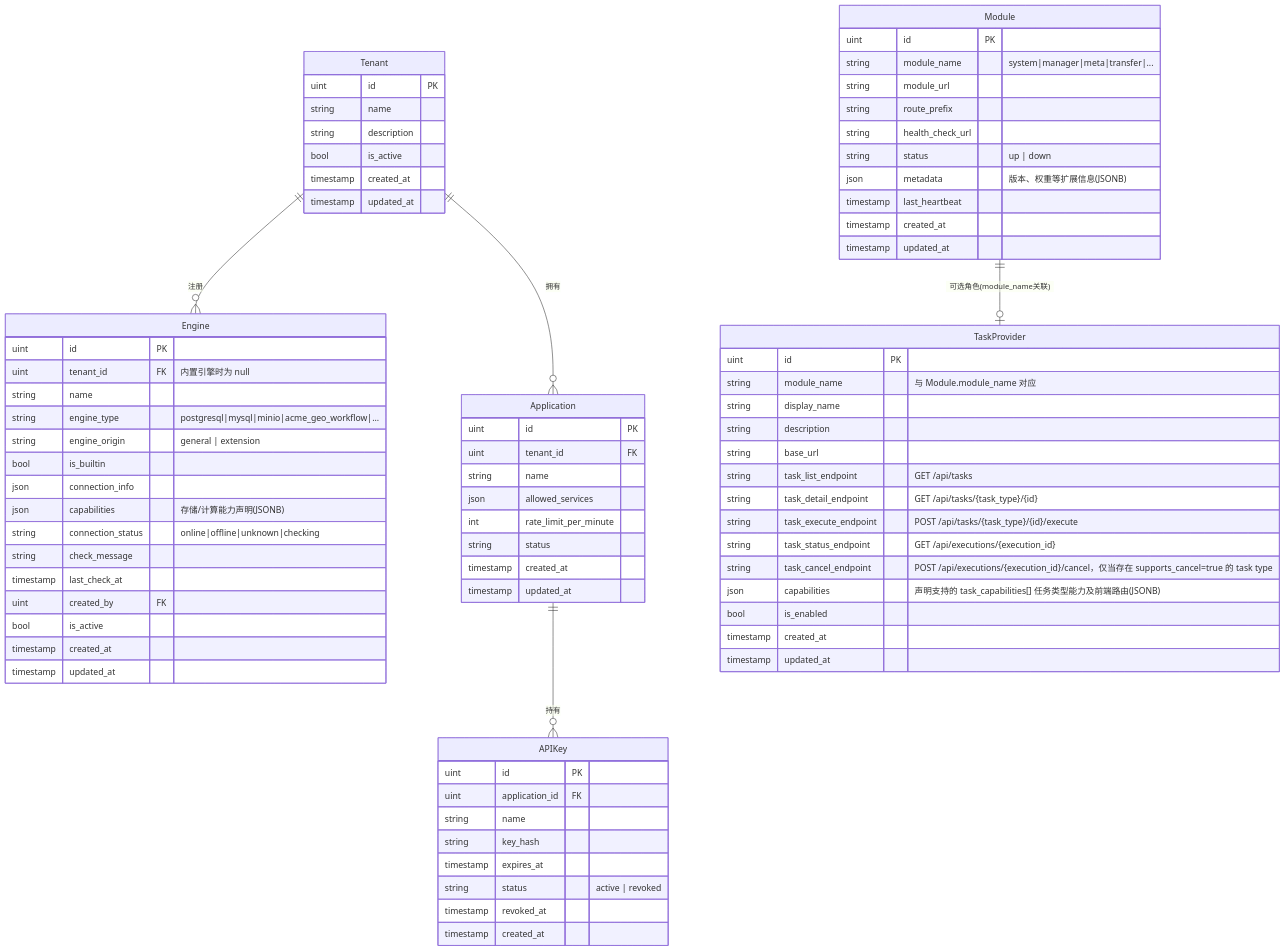
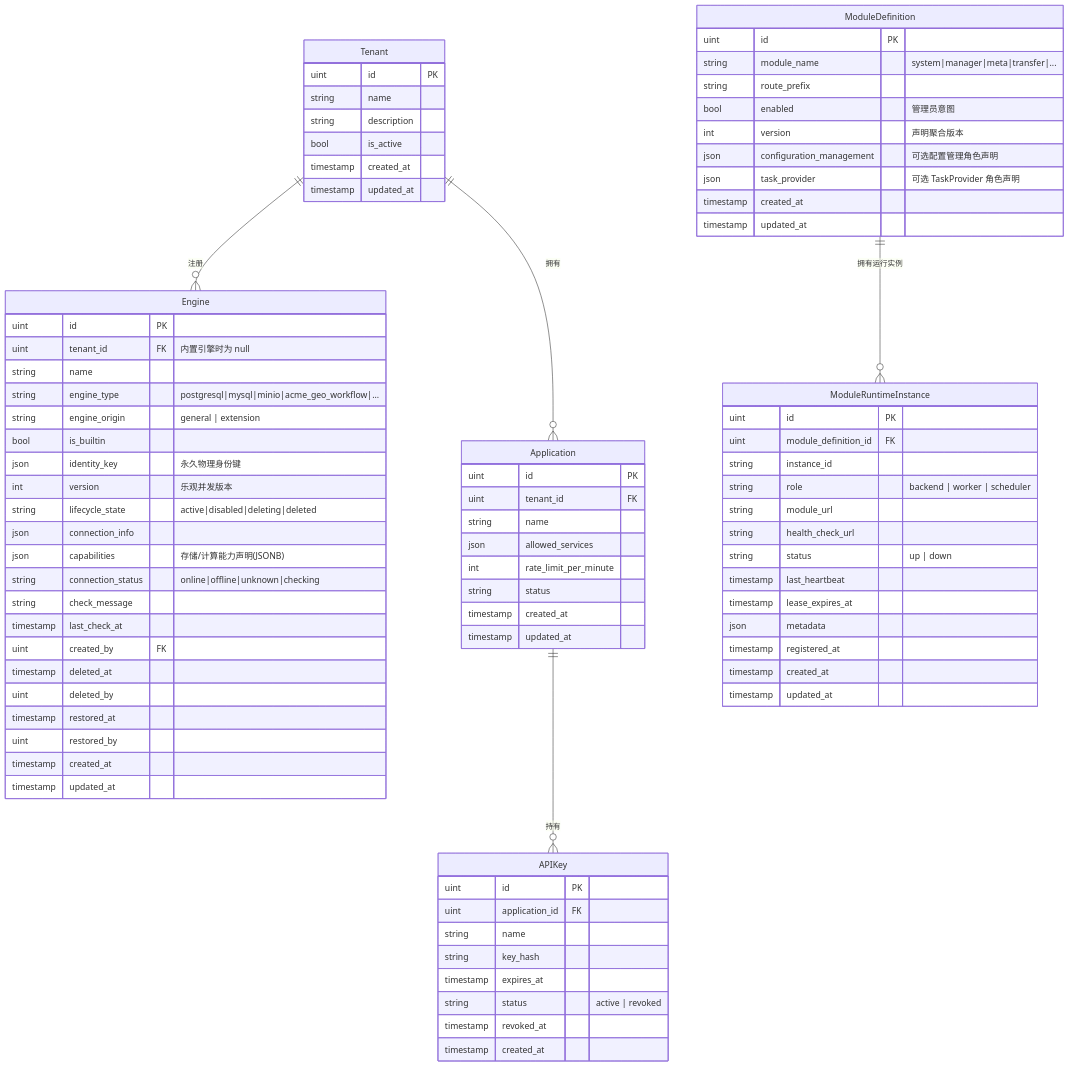
Before and after one commit to pampa0629/addp: the first of 9 diagrams in docs/concepts/addp核心对象ER图（元模型）.md, drawn with Mermaid. The commit also changed other lines of this file and 130 other files, not shown here.

````diff
--- a/docs/concepts/addp核心对象ER图（元模型）.md
+++ b/docs/concepts/addp核心对象ER图（元模型）.md
@@ -238,43 +238,47 @@
         string engine_type "postgresql|mysql|minio|acme_geo_workflow|..."
         string engine_origin "general | extension"
         bool is_builtin
+        json identity_key "永久物理身份键"
+        int version "乐观并发版本"
+        string lifecycle_state "active|disabled|deleting|deleted"
         json connection_info
         json capabilities "存储/计算能力声明(JSONB)"
         string connection_status "online|offline|unknown|checking"
         string check_message
         timestamp last_check_at
         uint created_by FK
-        bool is_active
+        timestamp deleted_at
+        uint deleted_by
+        timestamp restored_at
+        uint restored_by
         timestamp created_at
         timestamp updated_at
     }
 
-    Module {
+    ModuleDefinition {
         uint id PK
         string module_name "system|manager|meta|transfer|..."
-        string module_url
         string route_prefix
-        string health_check_url
-        string status "up | down"
-        json metadata "版本、权重等扩展信息(JSONB)"
-        timestamp last_heartbeat
+        bool enabled "管理员意图"
+        int version "声明聚合版本"
+        json configuration_management "可选配置管理角色声明"
+        json task_provider "可选 TaskProvider 角色声明"
         timestamp created_at
         timestamp updated_at
     }
 
-    TaskProvider {
+    ModuleRuntimeInstance {
         uint id PK
-        string module_name "与 Module.module_name 对应"
-        string display_name
-        string description
-        string base_url
-        string task_list_endpoint "GET /api/tasks"
-        string task_detail_endpoint "GET /api/tasks/{task_type}/{id}"
-        string task_execute_endpoint "POST /api/tasks/{task_type}/{id}/execute"
-        string task_status_endpoint "GET /api/executions/{execution_id}"
-        string task_cancel_endpoint "POST /api/executions/{execution_id}/cancel，仅当存在 supports_cancel=true 的 task type"
-        json capabilities "声明支持的 task_capabilities[] 任务类型能力及前端路由(JSONB)"
-        bool is_enabled
+        uint module_definition_id FK
+        string instance_id
+        string role "backend | worker | scheduler"
+        string module_url
+        string health_check_url
+        string status "up | down"
+        timestamp last_heartbeat
+        timestamp lease_expires_at
+        json metadata
+        timestamp registered_at
         timestamp created_at
         timestamp updated_at
     }
@@ -304,5 +308,5 @@
     Tenant ||--o{ Engine : "注册"
     Tenant ||--o{ Application : "拥有"
     Application ||--o{ APIKey : "持有"
-    Module ||--o| TaskProvider : "可选角色(module_name关联)"
+    ModuleDefinition ||--o{ ModuleRuntimeInstance : "拥有运行实例"
 ```
````
